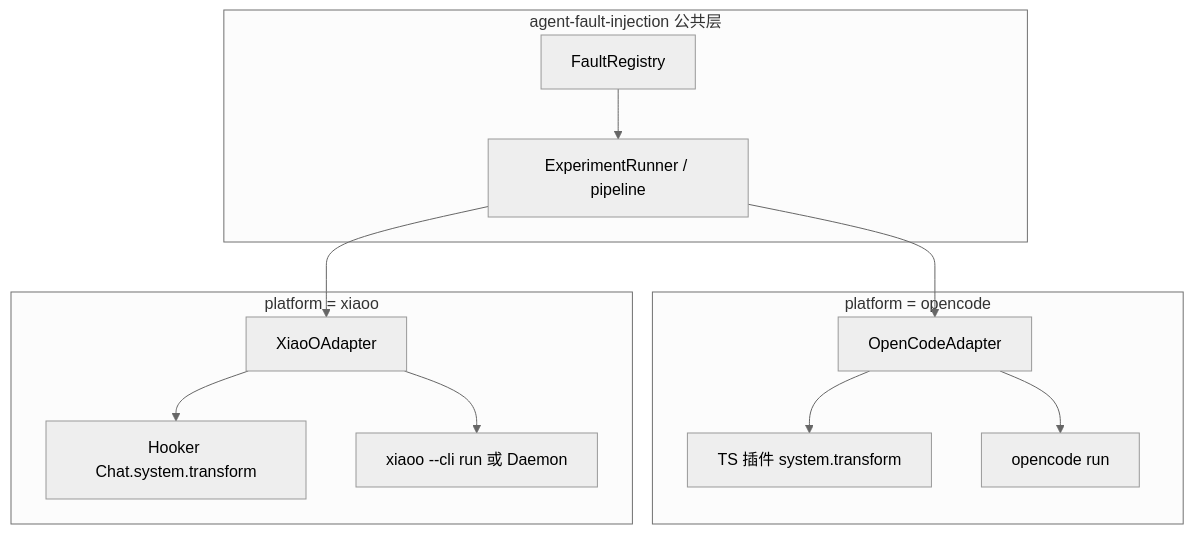
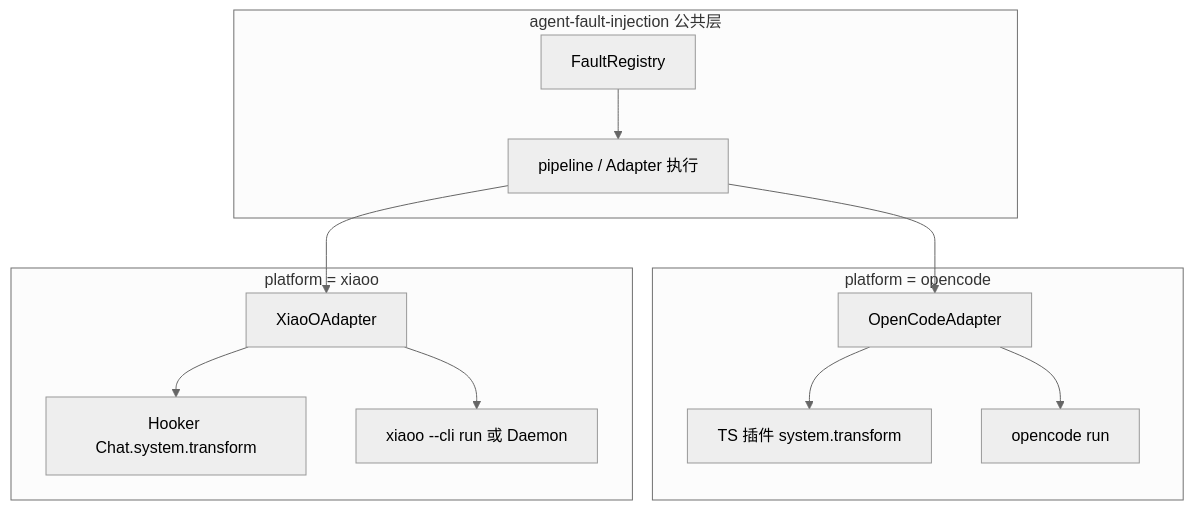
One commit to openeuler-mirror/agent-insight changed the third of 4 diagrams in docs/agent-fault-injection/designs/xiaoo-platform-adaptation.md. Above: the diagram before and after it, drawn with Mermaid (neutral theme). The commit also changed other lines of this file and 34 other files, not shown here.

````diff
--- a/docs/agent-fault-injection/designs/xiaoo-platform-adaptation.md
+++ b/docs/agent-fault-injection/designs/xiaoo-platform-adaptation.md
@@ -170,25 +173,25 @@
 ```mermaid
 flowchart TB
   subgraph common [agent-fault-injection 公共层]
-    R[ExperimentRunner / pipeline]
+    R[pipeline / Adapter 执行]
     FR[FaultRegistry]
   end
 
   subgraph oc [platform = opencode]
     OA[OpenCodeAdapter]
     TS[TS 插件 system.transform]
     OR["opencode run"]
   end
 
   subgraph xo [platform = xiaoo]
     XA[XiaoOAdapter]
     HK[Hooker Chat.system.transform]
     XR["xiaoo --cli run 或 Daemon"]
   end
 
   R --> OA --> OR
   R --> XA --> XR
   OA --> TS
   XA --> HK
   FR --> R
 ```
````
